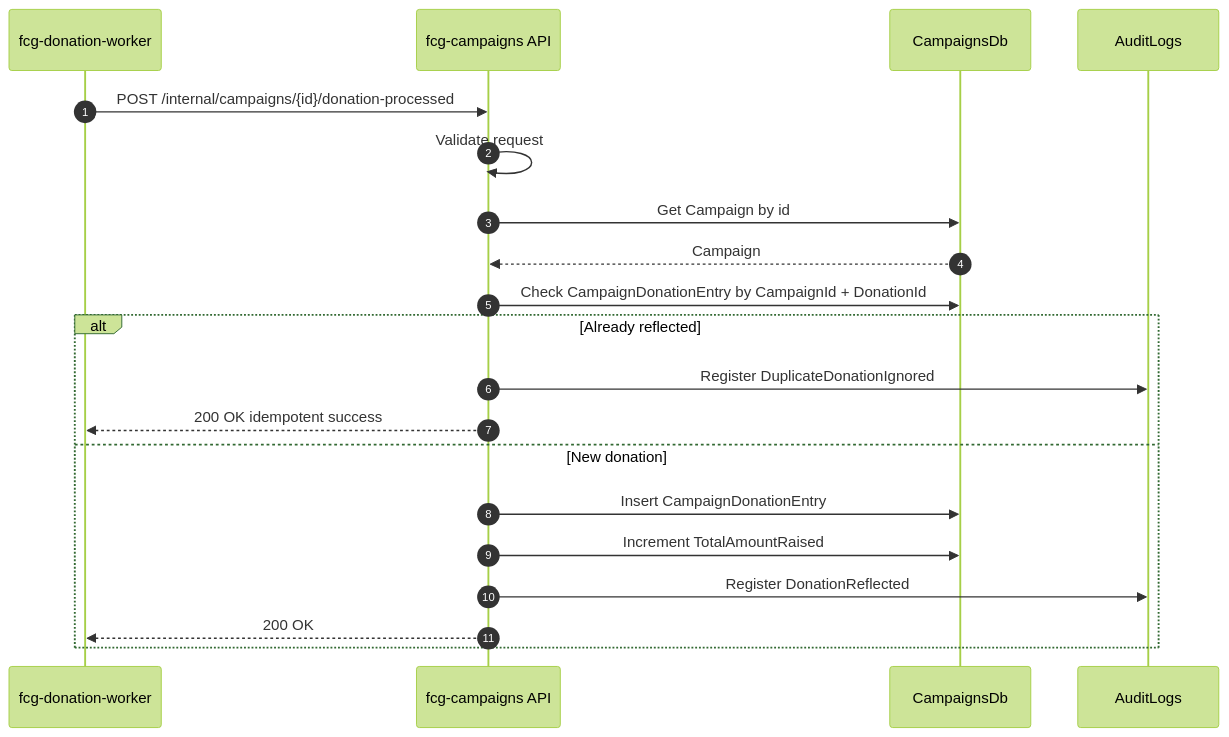
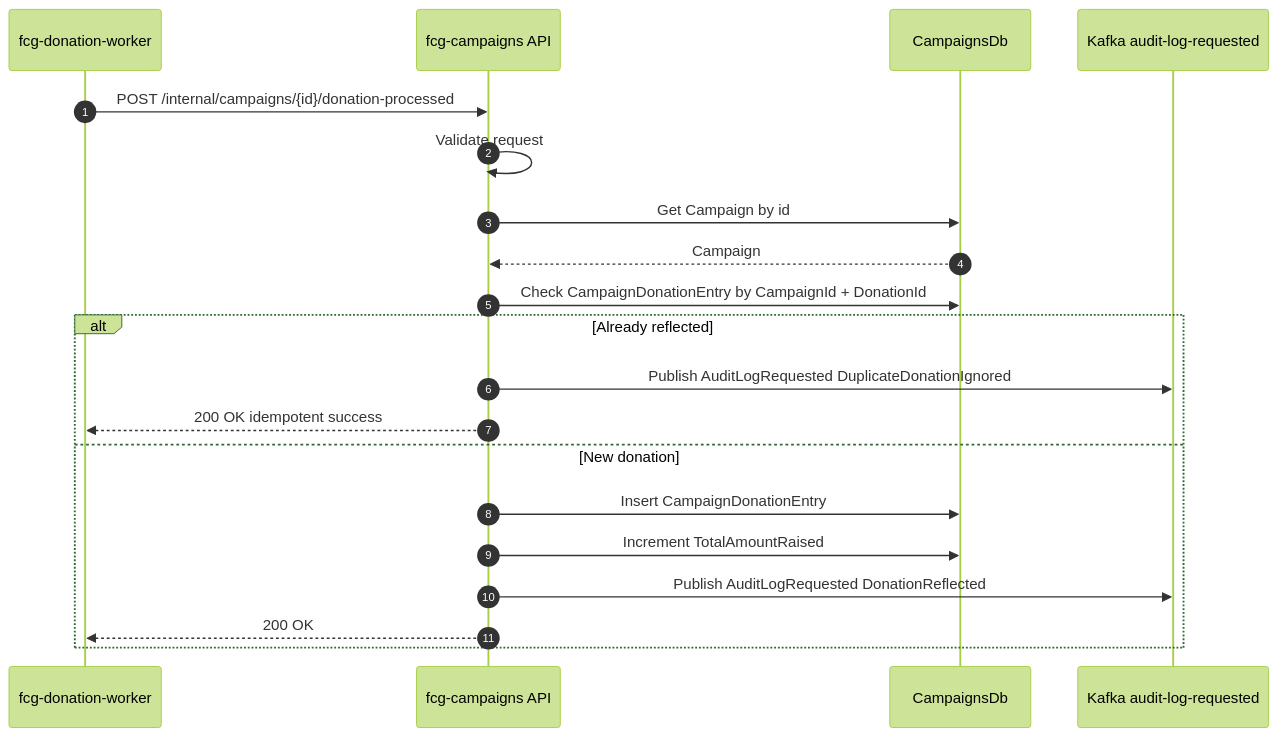
One commit to group10-tc-01/fcs-fase05-docs changed diagram 19 of 30 in architecture/endpoint-flows.md. Above: the diagram before and after it, drawn with Mermaid (forest theme). The commit also changed other lines of this file and 15 other files, not shown here.

````diff
--- a/architecture/endpoint-flows.md
+++ b/architecture/endpoint-flows.md
@@ -377,23 +377,23 @@
 ```mermaid
 sequenceDiagram
     autonumber
     participant Worker as fcg-donation-worker
     participant CampaignsApi as fcg-campaigns API
     participant CampaignsDb as CampaignsDb
-    participant Audit as AuditLogs
+    participant AuditKafka as Kafka audit-log-requested
 
     Worker->>CampaignsApi: POST /internal/campaigns/{id}/donation-processed
     CampaignsApi->>CampaignsApi: Validate request
     CampaignsApi->>CampaignsDb: Get Campaign by id
     CampaignsDb-->>CampaignsApi: Campaign
     CampaignsApi->>CampaignsDb: Check CampaignDonationEntry by CampaignId + DonationId
     alt Already reflected
-        CampaignsApi->>Audit: Register DuplicateDonationIgnored
+        CampaignsApi->>AuditKafka: Publish AuditLogRequested DuplicateDonationIgnored
         CampaignsApi-->>Worker: 200 OK idempotent success
     else New donation
         CampaignsApi->>CampaignsDb: Insert CampaignDonationEntry
         CampaignsApi->>CampaignsDb: Increment TotalAmountRaised
-        CampaignsApi->>Audit: Register DonationReflected
+        CampaignsApi->>AuditKafka: Publish AuditLogRequested DonationReflected
         CampaignsApi-->>Worker: 200 OK
     end
 ```
````
